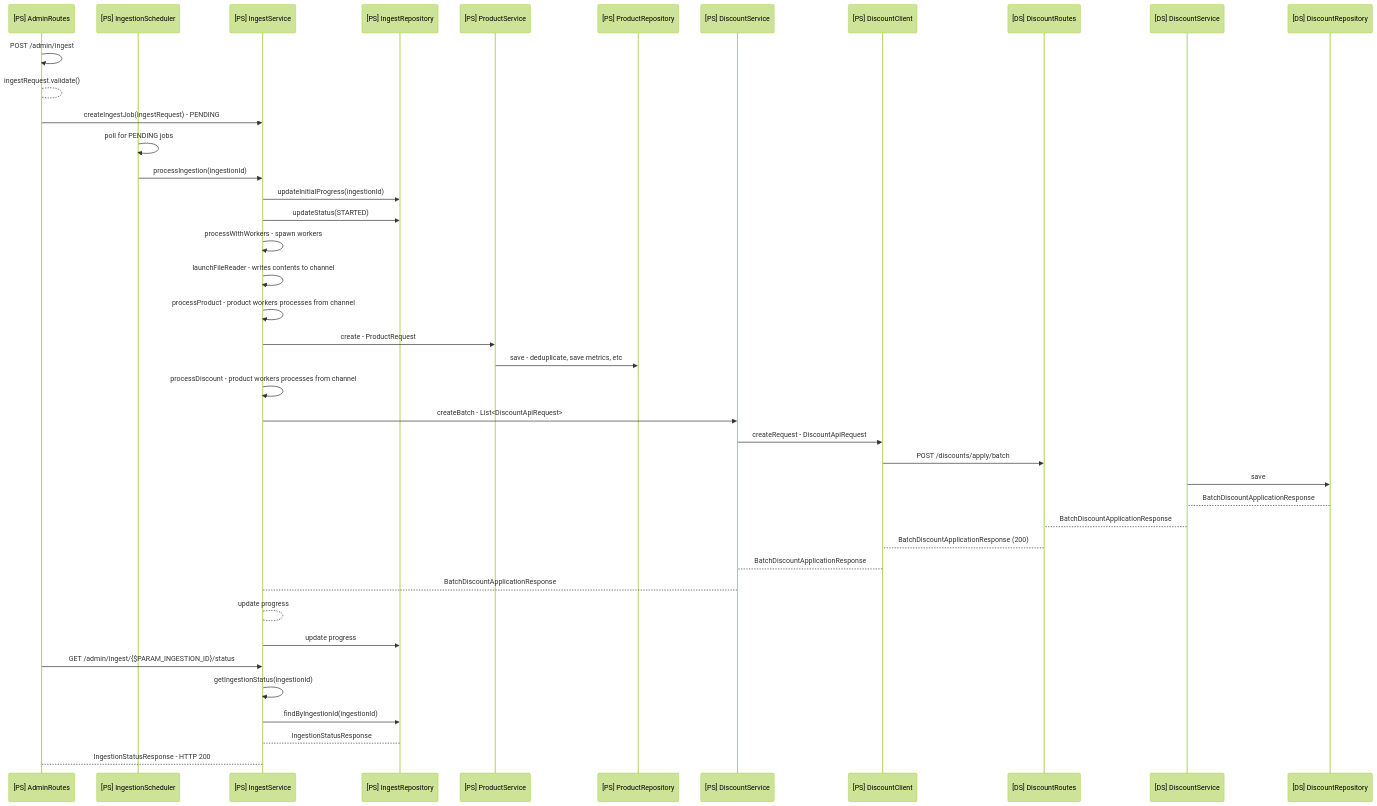
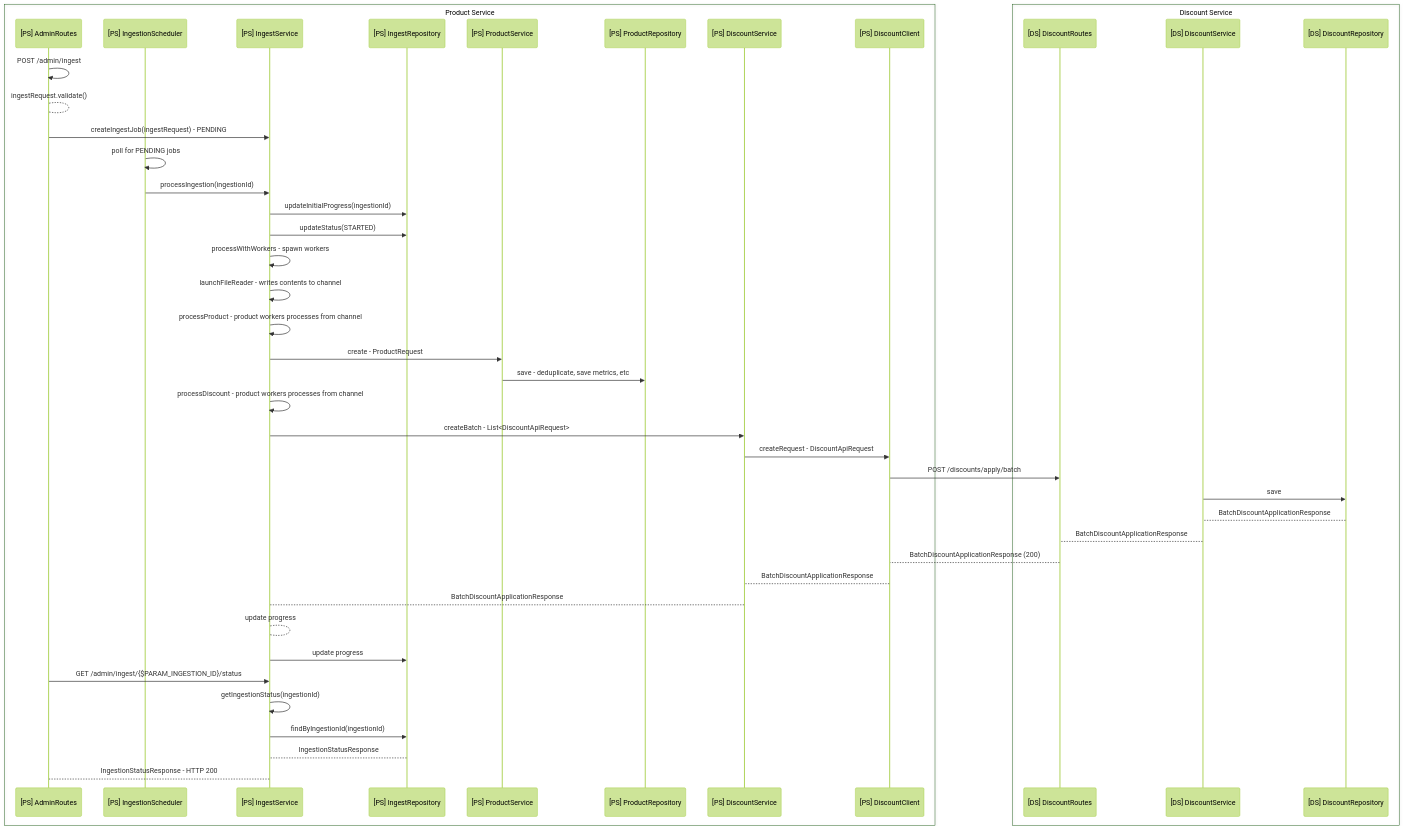
Before and after one commit to svebrant/product-api-assignment: the third of 4 diagrams in ARCHITECTURE.md, drawn with Mermaid (forest theme). The commit also changed other lines of this file, not shown here.

Commit message:
Split the sequence diagrams based on service

````diff
--- a/ARCHITECTURE.md
+++ b/ARCHITECTURE.md
@@ -73,44 +83,48 @@
 ```mermaid
 sequenceDiagram
-    participant [PS] AdminRoutes
-    participant [PS] IngestionScheduler
-    participant [PS] IngestService
-    participant [PS] IngestRepository
-    participant [PS] ProductService
-    participant [PS] ProductRepository
-    participant [PS] DiscountService
-    participant [PS] DiscountClient
-    participant [DS] DiscountRoutes
-    participant [DS] DiscountService
-    participant [DS] DiscountRepository
-    [PS] AdminRoutes ->> [PS] AdminRoutes: POST /admin/ingest
-    [PS] AdminRoutes --> [PS] AdminRoutes: ingestRequest.validate()
-    [PS] AdminRoutes ->> [PS] IngestService: createIngestJob(ingestRequest) - PENDING
-    [PS] IngestionScheduler ->> [PS] IngestionScheduler: poll for PENDING jobs
-    [PS] IngestionScheduler ->> [PS] IngestService: processIngestion(ingestionId)
-    [PS] IngestService ->> [PS] IngestRepository: updateInitialProgress(ingestionId)
-    [PS] IngestService ->> [PS] IngestRepository: updateStatus(STARTED)
-    [PS] IngestService ->> [PS] IngestService: processWithWorkers - spawn workers
-    [PS] IngestService ->> [PS] IngestService: launchFileReader - writes contents to channel
-    [PS] IngestService ->> [PS] IngestService: processProduct - product workers processes from channel
-    [PS] IngestService ->> [PS] ProductService: create - ProductRequest
-    [PS] ProductService ->> [PS] ProductRepository: save - deduplicate, save metrics, etc
-    [PS] IngestService ->> [PS] IngestService: processDiscount - product workers processes from channel
-    [PS] IngestService ->> [PS] DiscountService: createBatch - List<DiscountApiRequest>
-    [PS] DiscountService ->> [PS] DiscountClient: createRequest - DiscountApiRequest
-    [PS] DiscountClient ->> [DS] DiscountRoutes: POST /discounts/apply/batch
-    [DS] DiscountService ->> [DS] DiscountRepository: save
-    [DS] DiscountRepository --> [DS] DiscountService: BatchDiscountApplicationResponse
-    [DS] DiscountService --> [DS] DiscountRoutes: BatchDiscountApplicationResponse
-    [DS] DiscountRoutes --> [PS] DiscountClient: BatchDiscountApplicationResponse (200)
-    [PS] DiscountClient --> [PS] DiscountService: BatchDiscountApplicationResponse
-    [PS] DiscountService --> [PS] IngestService: BatchDiscountApplicationResponse
-    [PS] IngestService --> [PS] IngestService: update progress
-    [PS] IngestService ->> [PS] IngestRepository: update progress
-    [PS] AdminRoutes ->> [PS] IngestService: GET /admin/ingest/{$PARAM_INGESTION_ID}/status
-    [PS] IngestService ->> [PS] IngestService: getIngestionStatus(ingestionId)
-    [PS] IngestService ->> [PS] IngestRepository: findByIngestionId(ingestionId)
-    [PS] IngestRepository --> [PS] IngestService: IngestionStatusResponse
-    [PS] IngestService --> [PS] AdminRoutes: IngestionStatusResponse - HTTP 200
+    box Product Service
+        participant AR as [PS] AdminRoutes
+        participant IS as [PS] IngestionScheduler
+        participant InS as [PS] IngestService
+        participant IR as [PS] IngestRepository
+        participant PS as [PS] ProductService
+        participant PR as [PS] ProductRepository
+        participant DS as [PS] DiscountService
+        participant DC as [PS] DiscountClient
+    end
+    box Discount Service
+        participant DR as [DS] DiscountRoutes
+        participant DSS as [DS] DiscountService
+        participant DREP as [DS] DiscountRepository
+    end
 
+    AR ->> AR: POST /admin/ingest
+    AR --> AR: ingestRequest.validate()
+    AR ->> InS: createIngestJob(ingestRequest) - PENDING
+    IS ->> IS: poll for PENDING jobs
+    IS ->> InS: processIngestion(ingestionId)
+    InS ->> IR: updateInitialProgress(ingestionId)
+    InS ->> IR: updateStatus(STARTED)
+    InS ->> InS: processWithWorkers - spawn workers
+    InS ->> InS: launchFileReader - writes contents to channel
+    InS ->> InS: processProduct - product workers processes from channel
+    InS ->> PS: create - ProductRequest
+    PS ->> PR: save - deduplicate, save metrics, etc
+    InS ->> InS: processDiscount - product workers processes from channel
+    InS ->> DS: createBatch - List<DiscountApiRequest>
+    DS ->> DC: createRequest - DiscountApiRequest
+    DC ->> DR: POST /discounts/apply/batch
+    DSS ->> DREP: save
+    DREP --> DSS: BatchDiscountApplicationResponse
+    DSS --> DR: BatchDiscountApplicationResponse
+    DR --> DC: BatchDiscountApplicationResponse (200)
+    DC --> DS: BatchDiscountApplicationResponse
+    DS --> InS: BatchDiscountApplicationResponse
+    InS --> InS: update progress
+    InS ->> IR: update progress
+    AR ->> InS: GET /admin/ingest/{$PARAM_INGESTION_ID}/status
+    InS ->> InS: getIngestionStatus(ingestionId)
+    InS ->> IR: findByIngestionId(ingestionId)
+    IR --> InS: IngestionStatusResponse
+    InS --> AR: IngestionStatusResponse - HTTP 200
 ```
````
